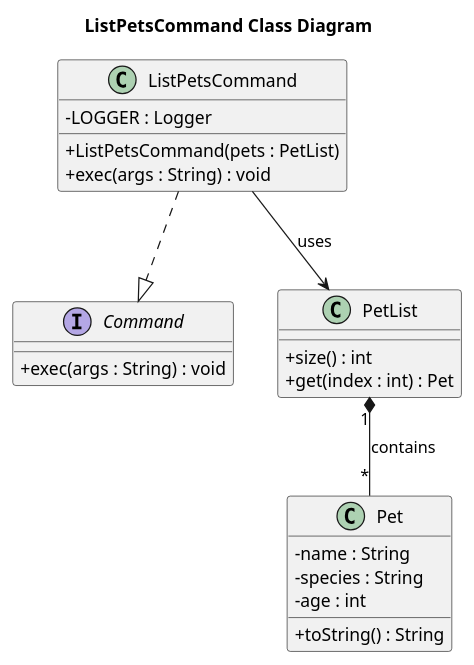
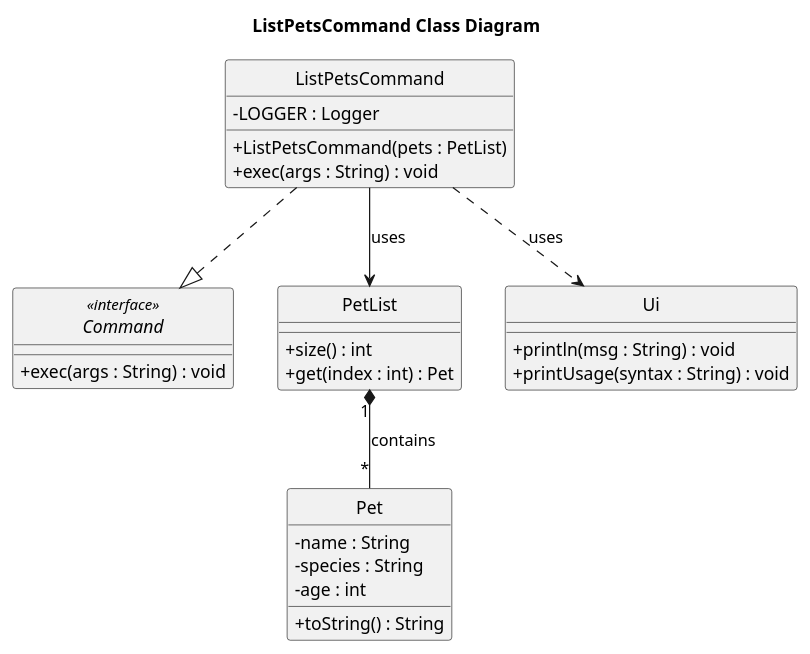
Before and after one commit to Kevin88866/tp: the diagram in docs/uml/ListPetsCommand_Class_Diagram.puml, drawn with PlantUML. The commit also changed 19 other files, not shown here.

First line of the commit message:
update class and sequence diagram of listpet, mark/unmarktreatments, edit pet, group treatments by type

```diff
--- a/docs/uml/ListPetsCommand_Class_Diagram.puml
+++ b/docs/uml/ListPetsCommand_Class_Diagram.puml
@@ -1,31 +1,36 @@
 @startuml
 skinparam classAttributeIconSize 0
 title ListPetsCommand Class Diagram
+hide circle
 
-interface Command {
+interface Command <<interface>>{
   +exec(args : String) : void
 }
 
 class ListPetsCommand {
   -LOGGER : Logger
   +ListPetsCommand(pets : PetList)
   +exec(args : String) : void
 }
 
 class PetList {
   +size() : int
   +get(index : int) : Pet
 }
 
 class Pet {
   -name : String
   -species : String
   -age : int
   +toString() : String
 }
 
 ListPetsCommand ..|> Command
 ListPetsCommand --> PetList : uses
 PetList "1" *-- "*" Pet : contains
-
+class Ui {
+  +println(msg : String) : void
+  +printUsage(syntax : String) : void
+}
+ListPetsCommand ..> Ui : uses
 @enduml
```
